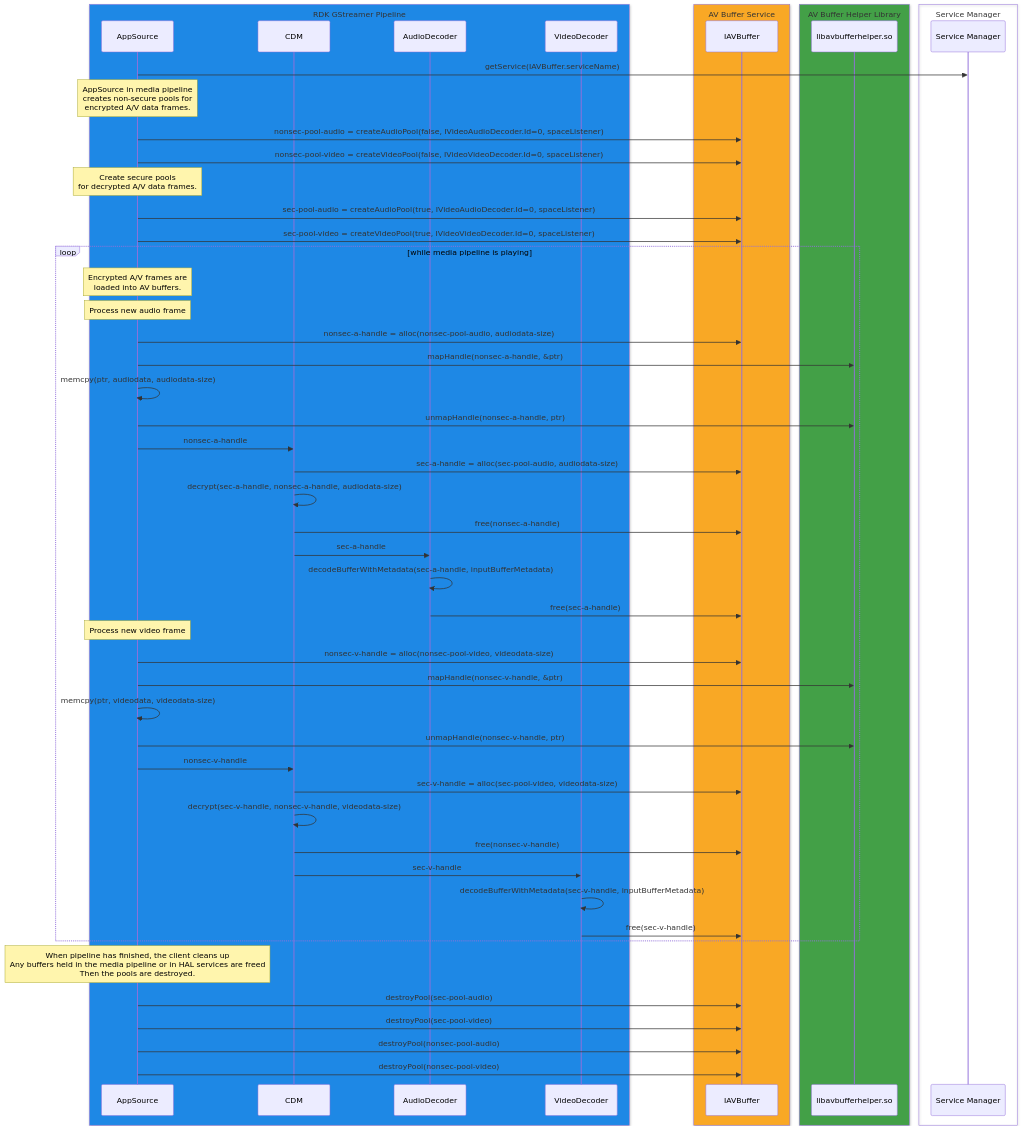
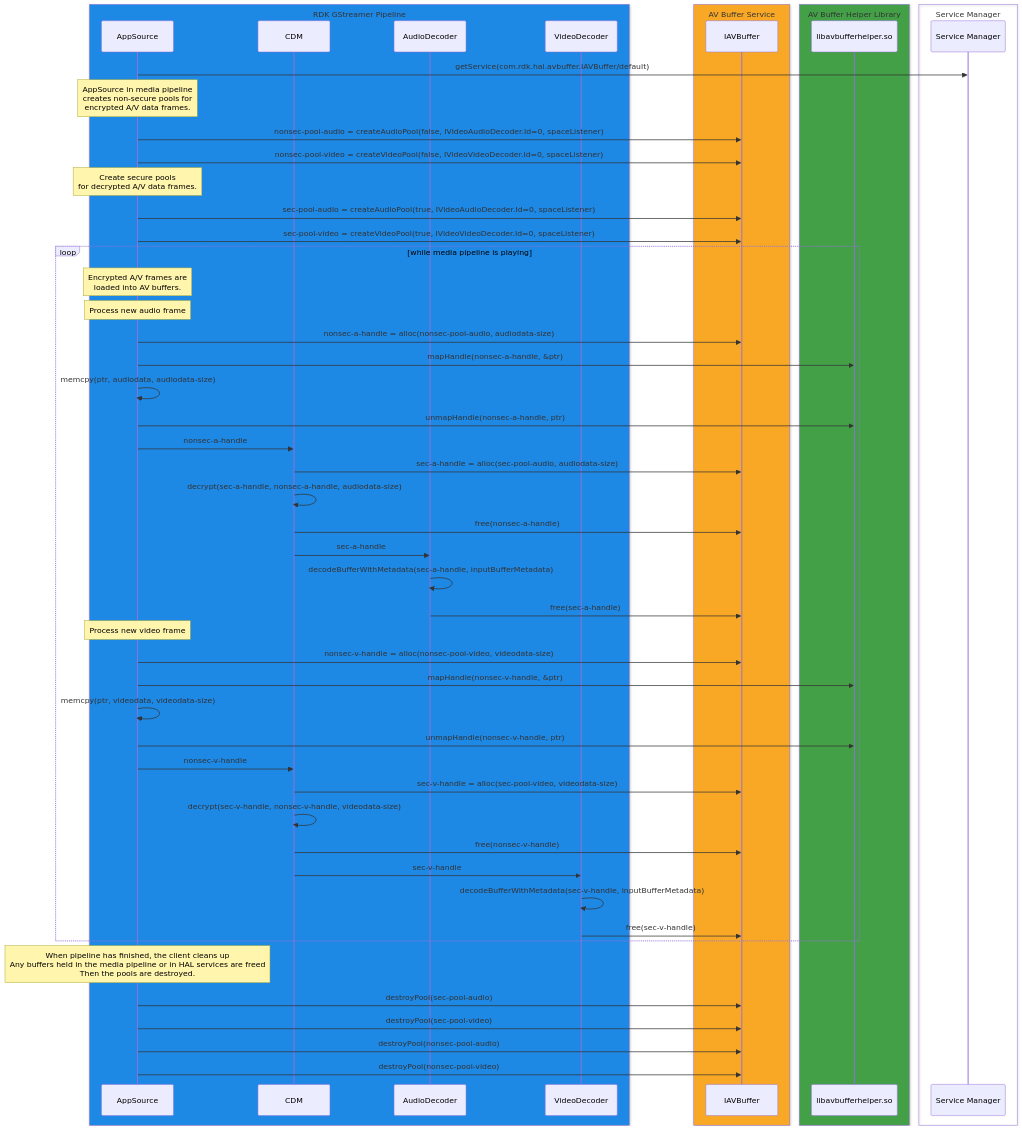
The diagram in avbuffer/current/docs/av_buffer.md (rdkcentral/rdk-halif-aidl), drawn with Mermaid before and after one commit. The commit also changed other lines of this file and 22 other files, not shown here.

````diff
--- a/avbuffer/current/docs/av_buffer.md
+++ b/avbuffer/current/docs/av_buffer.md
@@ -208,72 +208,72 @@
 ```mermaid
 sequenceDiagram
     box rgb(30,136,229) RDK GStreamer Pipeline
         participant c1 as AppSource
         participant c2 as CDM
         participant adc as AudioDecoder
         participant vdc as VideoDecoder
     end
 
     box rgb(249,168,37) AV Buffer Service
         participant avbm as IAVBuffer
     end
 
     box rgb(67,160,71) AV Buffer Helper Library
         participant avblib as libavbufferhelper.so
     end
 
     box Service Manager
         participant sm as Service Manager
     end
 
-    c1 ->> sm: getService(IAVBuffer.serviceName)
+    c1 ->> sm: getService(com.rdk.hal.avbuffer.IAVBuffer/default)
 
     Note over c1: AppSource in media pipeline<br/>creates non-secure pools for <br/>encrypted A/V data frames.
 
     c1 ->> avbm: nonsec-pool-audio = createAudioPool(false, IVideoAudioDecoder.Id=0, spaceListener)
     c1 ->> avbm: nonsec-pool-video = createVideoPool(false, IVideoVideoDecoder.Id=0, spaceListener)
 
     Note over c1: Create secure pools<br/>for decrypted A/V data frames.
 
     c1 ->> avbm: sec-pool-audio = createAudioPool(true, IVideoAudioDecoder.Id=0, spaceListener)
     c1 ->> avbm: sec-pool-video = createVideoPool(true, IVideoVideoDecoder.Id=0, spaceListener)
 
     loop while media pipeline is playing
         Note over c1: Encrypted A/V frames are <br/>loaded into AV buffers.
 
         Note over c1: Process new audio frame
         c1 ->> avbm: nonsec-a-handle = alloc(nonsec-pool-audio, audiodata-size)
         c1 ->> avblib: mapHandle(nonsec-a-handle, &ptr)
         c1 ->> c1: memcpy(ptr, audiodata, audiodata-size)
         c1 ->> avblib: unmapHandle(nonsec-a-handle, ptr)
 
         c1 ->> c2: nonsec-a-handle
         c2 ->> avbm: sec-a-handle = alloc(sec-pool-audio, audiodata-size)
         c2 ->> c2: decrypt(sec-a-handle, nonsec-a-handle, audiodata-size)
         c2 ->> avbm: free(nonsec-a-handle)
         c2 ->> adc: sec-a-handle
         adc ->> adc: decodeBufferWithMetadata(sec-a-handle, inputBufferMetadata)
         adc ->> avbm: free(sec-a-handle)
 
         Note over c1: Process new video frame
         c1 ->> avbm: nonsec-v-handle = alloc(nonsec-pool-video, videodata-size)
         c1 ->> avblib: mapHandle(nonsec-v-handle, &ptr)
         c1 ->> c1: memcpy(ptr, videodata, videodata-size)
         c1 ->> avblib: unmapHandle(nonsec-v-handle, ptr)
         c1 ->> c2: nonsec-v-handle
 
         c2 ->> avbm: sec-v-handle = alloc(sec-pool-video, videodata-size)
         c2 ->> c2: decrypt(sec-v-handle, nonsec-v-handle, videodata-size)
         c2 ->> avbm: free(nonsec-v-handle)
         c2 ->> vdc: sec-v-handle
         vdc ->> vdc: decodeBufferWithMetadata(sec-v-handle, inputBufferMetadata)
         vdc ->> avbm: free(sec-v-handle)
     end
 
     Note over c1: When pipeline has finished, the client cleans up<br/>Any buffers held in the media pipeline or in HAL services are freed<br/>Then the pools are destroyed.
 
     c1 ->> avbm: destroyPool(sec-pool-audio)
     c1 ->> avbm: destroyPool(sec-pool-video)
     c1 ->> avbm: destroyPool(nonsec-pool-audio)
     c1 ->> avbm: destroyPool(nonsec-pool-video)
 ```
````
